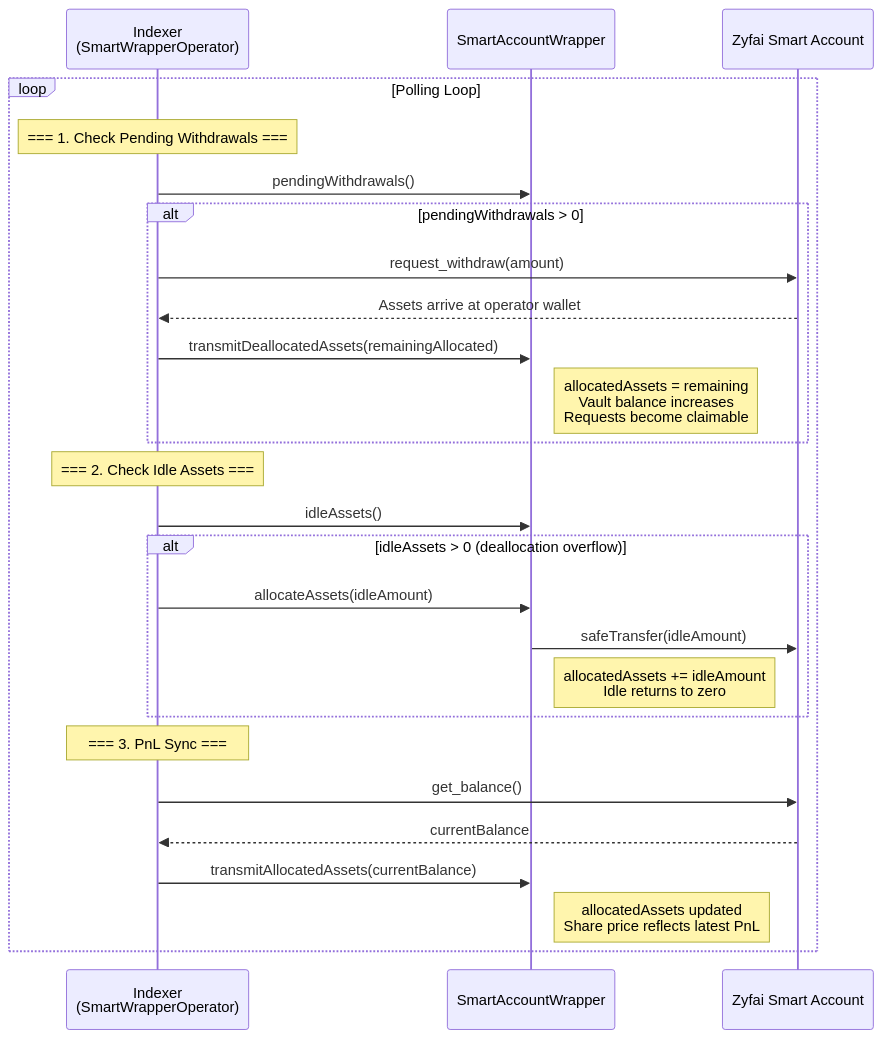
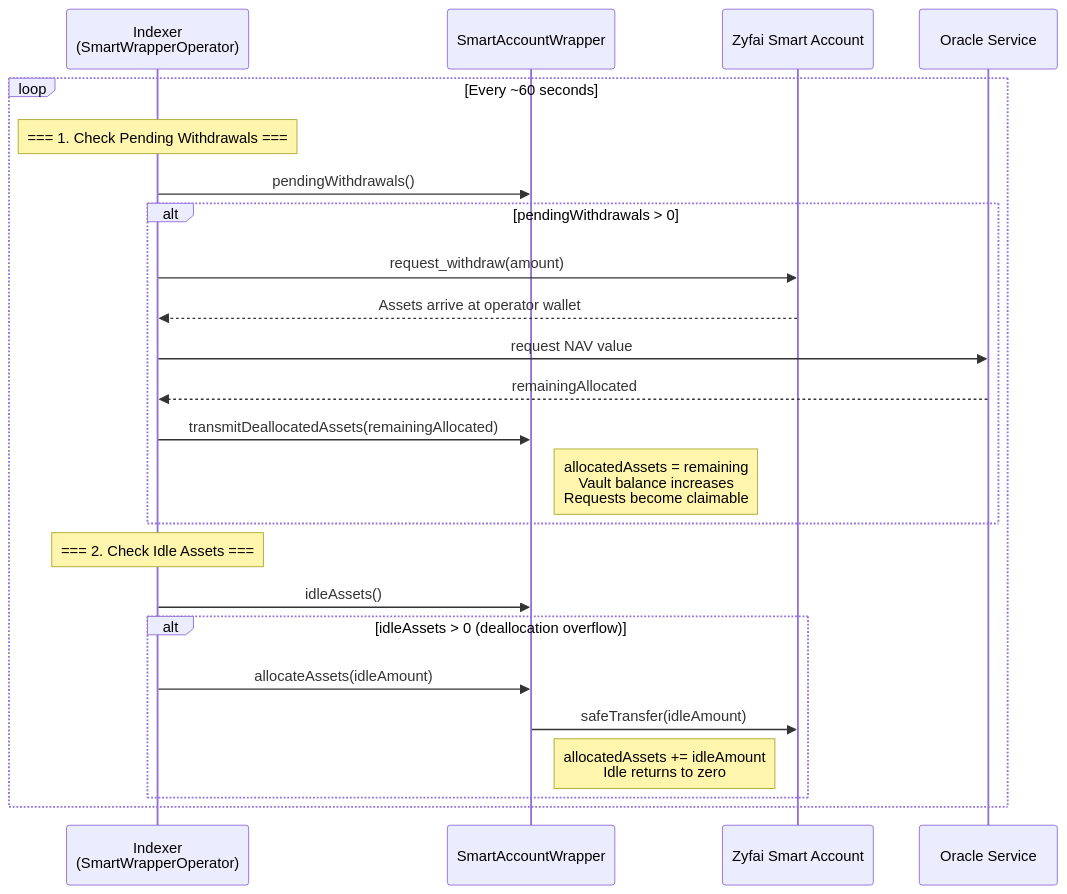
Before and after one commit to ondefy/erc7540-wrapper: the sixth of 10 diagrams in ARCHITECTURE.md, drawn with Mermaid. The commit also changed other lines of this file, not shown here.

Commit message:
fix: new graph

````diff
--- a/ARCHITECTURE.md
+++ b/ARCHITECTURE.md
@@ -242,31 +256,28 @@
 ```mermaid
 sequenceDiagram
     participant Indexer as Indexer<br/>(SmartWrapperOperator)
     participant Vault as SmartAccountWrapper
     participant SA as Zyfai Smart Account
+    participant Oracle as Oracle Service
 
-    loop Polling Loop
+    loop Every ~60 seconds
         Note over Indexer: === 1. Check Pending Withdrawals ===
         Indexer->>Vault: pendingWithdrawals()
         alt pendingWithdrawals > 0
             Indexer->>SA: request_withdraw(amount)
             SA-->>Indexer: Assets arrive at operator wallet
+            Indexer->>Oracle: request NAV value
+            Oracle-->>Indexer: remainingAllocated
             Indexer->>Vault: transmitDeallocatedAssets(remainingAllocated)
             Note right of Vault: allocatedAssets = remaining<br/>Vault balance increases<br/>Requests become claimable
         end
 
         Note over Indexer: === 2. Check Idle Assets ===
         Indexer->>Vault: idleAssets()
         alt idleAssets > 0 (deallocation overflow)
             Indexer->>Vault: allocateAssets(idleAmount)
             Vault->>SA: safeTransfer(idleAmount)
             Note right of Vault: allocatedAssets += idleAmount<br/>Idle returns to zero
         end
-
-        Note over Indexer: === 3. PnL Sync ===
-        Indexer->>SA: get_balance()
-        SA-->>Indexer: currentBalance
-        Indexer->>Vault: transmitAllocatedAssets(currentBalance)
-        Note right of Vault: allocatedAssets updated<br/>Share price reflects latest PnL
     end
 ```
````
